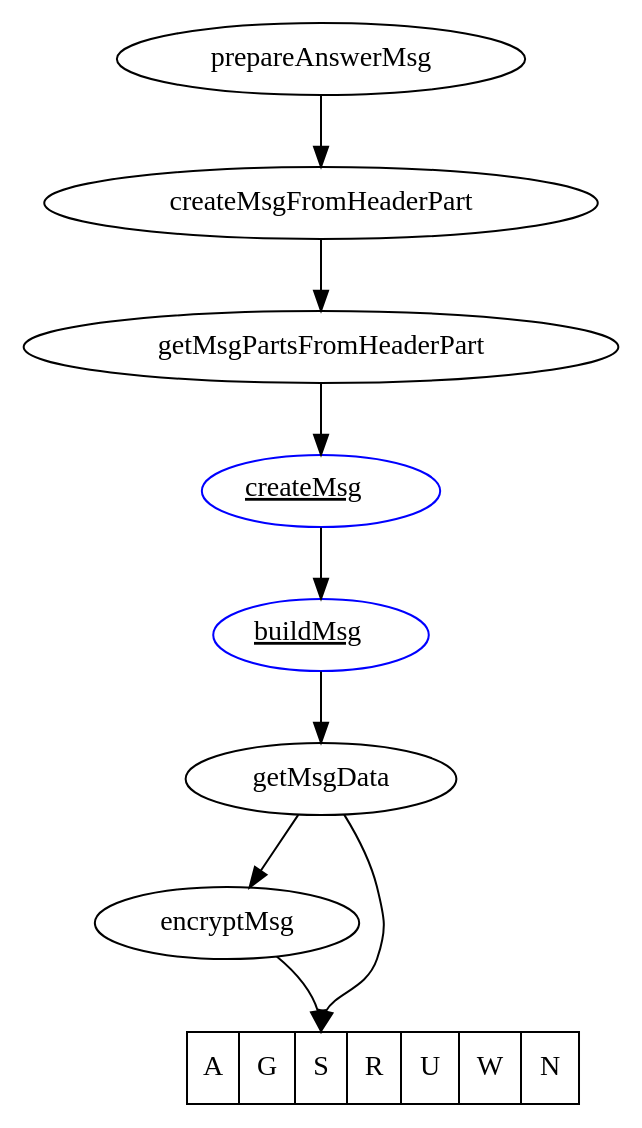
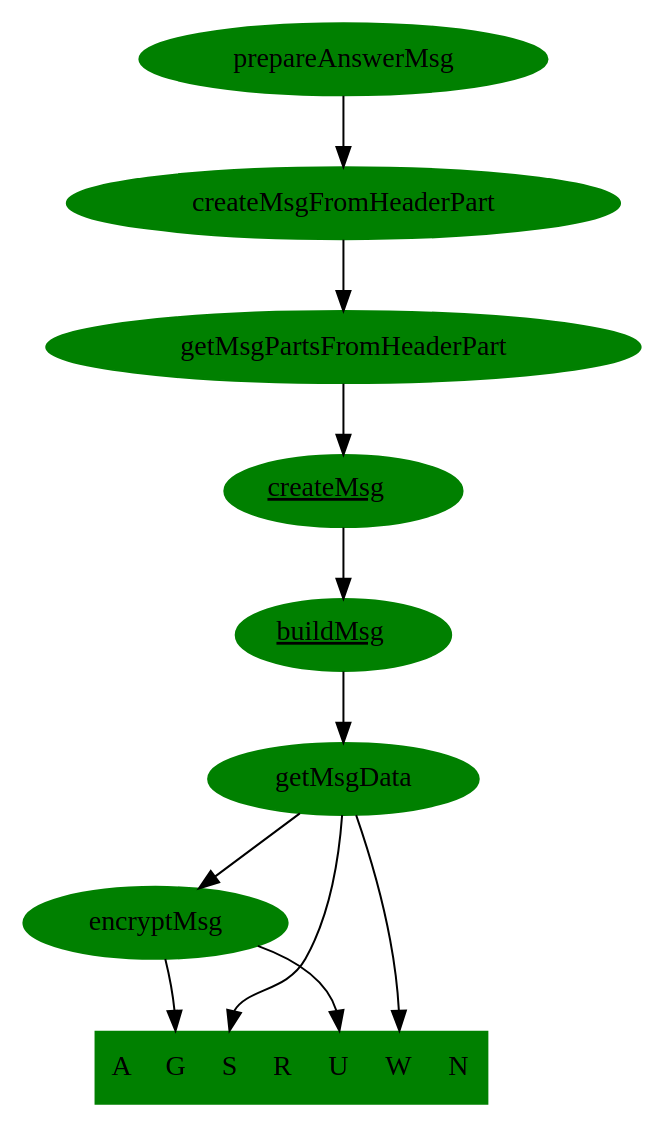
The diagram in dot_files/prepareAnswerMsg.dot (apwiede/nodemcu), drawn with Graphviz before and after one commit. The commit also changed 6 other files, not shown here.

```diff
--- a/dot_files/prepareAnswerMsg.dot
+++ b/dot_files/prepareAnswerMsg.dot
@@ -1,13 +1,21 @@
 digraph G2 {
+  prepareAnswerMsg[style="filled", color="green"];
   prepareAnswerMsg -> createMsgFromHeaderPart;
+  createMsgFromHeaderPart[style="filled", color="green"];
   createMsgFromHeaderPart -> getMsgPartsFromHeaderPart;
+  getMsgPartsFromHeaderPart[style="filled", color="green"];
   getMsgPartsFromHeaderPart -> createMsg;
-  createMsg[label=<<u>createMsg</u>> URL="\ref createMsg" color="blue"];
+  createMsg[style="filled", color="green", label=<<u>createMsg</u>> URL="\ref createMsg"];
   createMsg -> buildMsg;
-  buildMsg[label=<<u>buildMsg</u>> URL="\ref buildAnswerMsg" color="blue"];
+  buildMsg[style="filled", color="green", label=<<u>buildMsg</u>> URL="\ref buildAnswerMsg"];
   buildMsg -> getMsgData;
+  getMsgData[style="filled", color="green"];
   getMsgData -> encryptMsg;
+  encryptMsg[style="filled", color="green"];
   sendMsg [shape=record, label="<f0> A|<f1> G|<f2> S|<f3> R|<f4> U|<f5> W|<f6> N"];
-  encryptMsg -> sendMsg:f2;
+  encryptMsg -> sendMsg:f1;
+  encryptMsg -> sendMsg:f4;
+  getMsgData -> sendMsg:f5;
+  sendMsg[style="filled", color="green"];
   getMsgData -> sendMsg:f2;
 }
```
